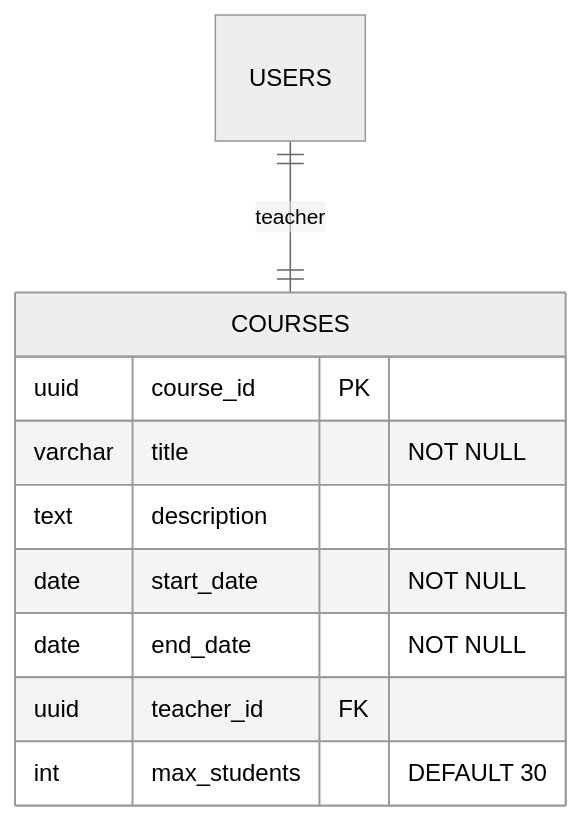
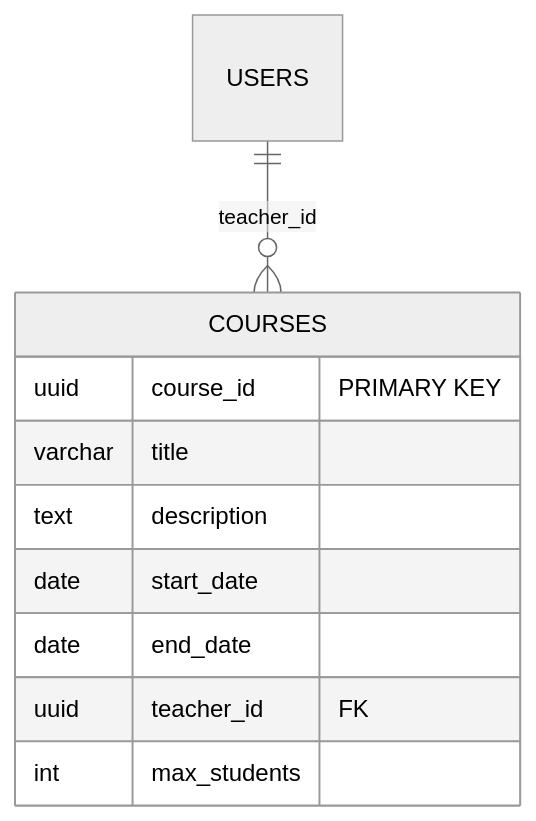
Before and after one commit to hainguyen81/ai-scraper: the third of 11 diagrams in sources/storage/business-analysis/membership-hub/requirements.md, drawn with Mermaid (neutral theme). The commit also changed other lines of this file and 3 other files, not shown here.

````diff
--- a/sources/storage/business-analysis/membership-hub/requirements.md
+++ b/sources/storage/business-analysis/membership-hub/requirements.md
@@ -457,13 +261,13 @@
 ```mermaid
 erDiagram
     COURSES {
-        uuid course_id PK
-        varchar title "NOT NULL"
+        uuid course_id "PRIMARY KEY"
+        varchar title
         text description
-        date start_date "NOT NULL"
-        date end_date "NOT NULL"
-        uuid teacher_id FK
-        int max_students "DEFAULT 30"
+        date start_date
+        date end_date
+        uuid teacher_id "FK"
+        int max_students
     }
-    USERS ||--|| COURSES : teacher
+    USERS ||--o{ COURSES : teacher_id
 ```
````
